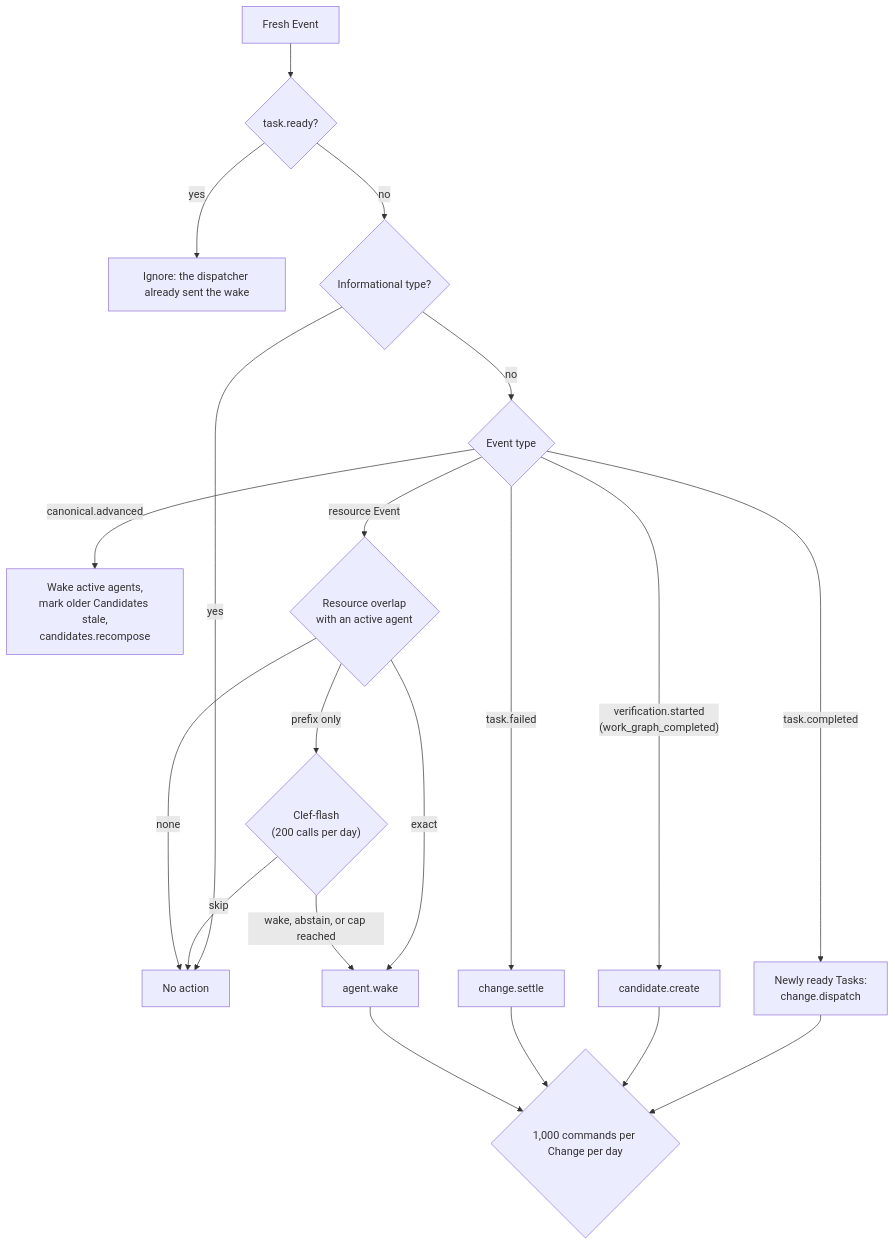
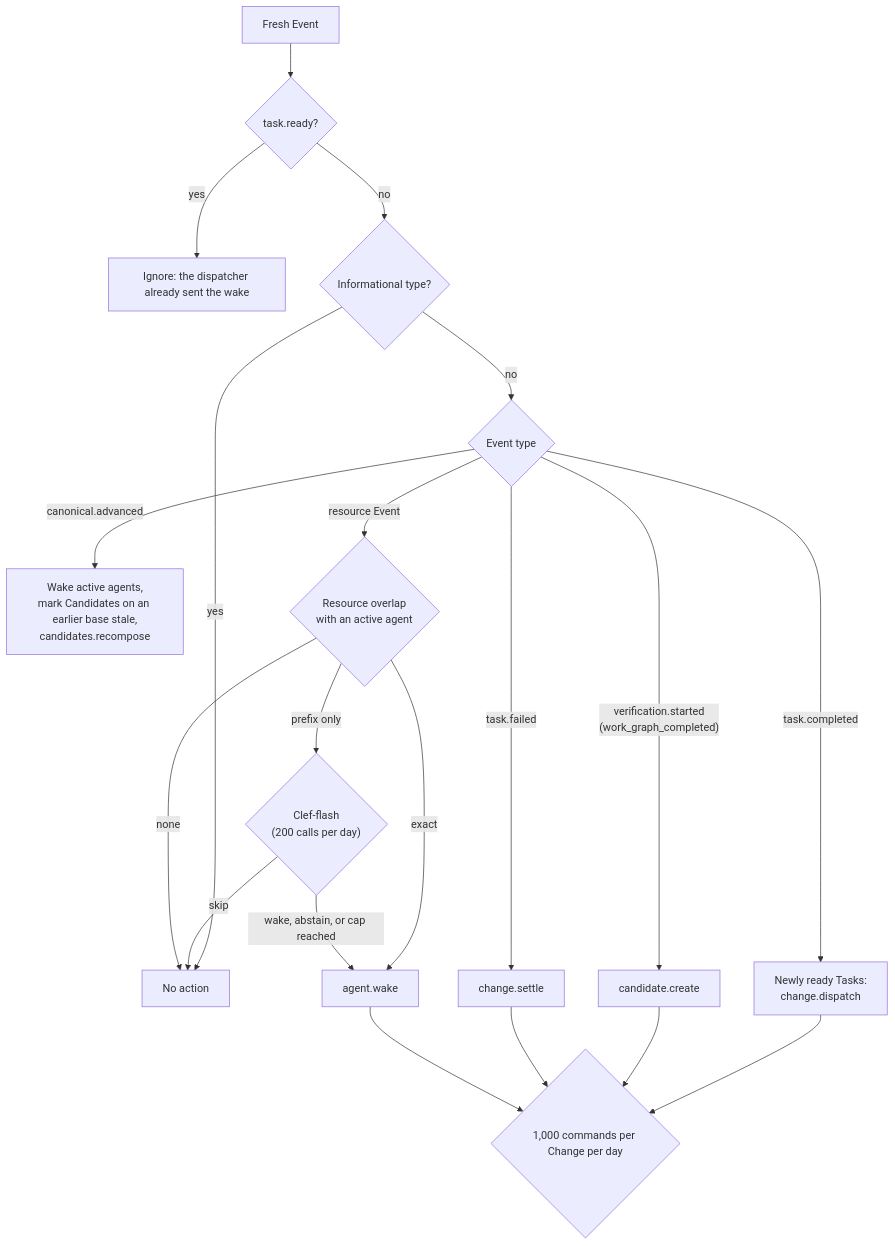
One commit to nsudhanva/rhumbatron changed the fourth of 7 diagrams in docs/architecture/events-and-commands.md. Above: the diagram before and after it, drawn with Mermaid. The commit also changed other lines of this file and 55 other files, not shown here.

````diff
--- a/docs/architecture/events-and-commands.md
+++ b/docs/architecture/events-and-commands.md
@@ -131,22 +146,22 @@
 ```mermaid
 flowchart TB
   E["Fresh Event"] --> TR{"task.ready?"}
   TR -->|"yes"| SKIP["Ignore: the dispatcher already sent the wake"]
   TR -->|"no"| INF{"Informational type?"}
   INF -->|"yes"| NONE["No action"]
   INF -->|"no"| TYPE{"Event type"}
   TYPE -->|"task.completed"| READY["Newly ready Tasks:<br/>change.dispatch"]
   TYPE -->|"verification.started<br/>(work_graph_completed)"| COMP["candidate.create"]
   TYPE -->|"task.failed"| SETTLE["change.settle"]
-  TYPE -->|"canonical.advanced"| CA["Wake active agents,<br/>mark older Candidates stale,<br/>candidates.recompose"]
+  TYPE -->|"canonical.advanced"| CA["Wake active agents,<br/>mark Candidates on an earlier base stale,<br/>candidates.recompose"]
   TYPE -->|"resource Event"| OV{"Resource overlap<br/>with an active agent"}
   OV -->|"exact"| WAKE["agent.wake"]
   OV -->|"prefix only"| CLEF{"Clef-flash<br/>(200 calls per day)"}
   CLEF -->|"wake, abstain, or cap reached"| WAKE
   CLEF -->|"skip"| NONE
   OV -->|"none"| NONE
   READY --> CAP{"1,000 commands per Change per day"}
   COMP --> CAP
   SETTLE --> CAP
   WAKE --> CAP
 ```
````
